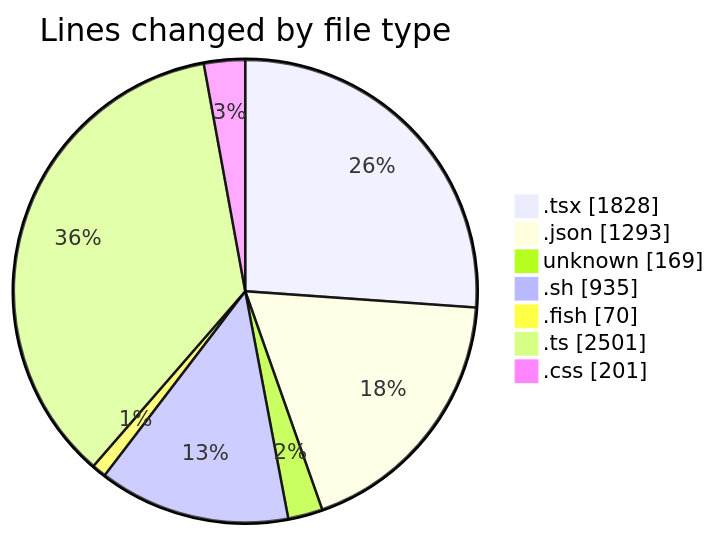
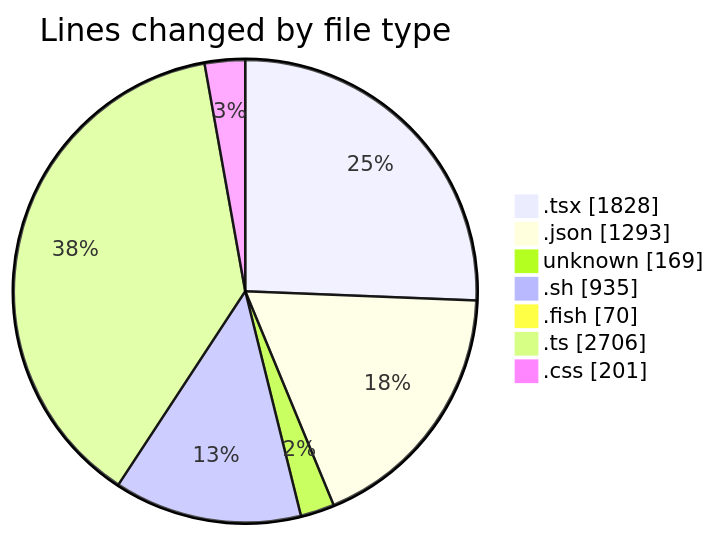
The first of 2 diagrams in 2025-07-17/ribbon/README.md (EIIisD/code-tracking), drawn with Mermaid before and after one commit. The commit also changed other lines of this file and 1 other file, not shown here.

````diff
--- a/2025-07-17/ribbon/README.md
+++ b/2025-07-17/ribbon/README.md
@@ -54,11 +55,11 @@
 ```mermaid
 pie showData
 title Lines changed by file type
 ".tsx" : 1828
 ".json" : 1293
 "unknown" : 169
 ".sh" : 935
 ".fish" : 70
-".ts" : 2501
+".ts" : 2706
 ".css" : 201
 ```
````
